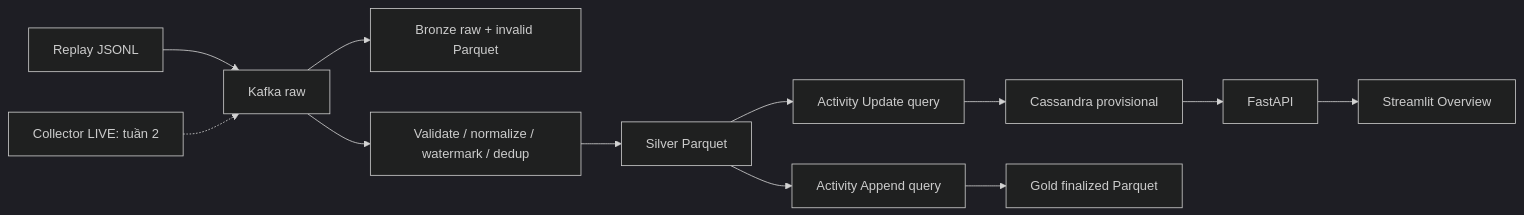
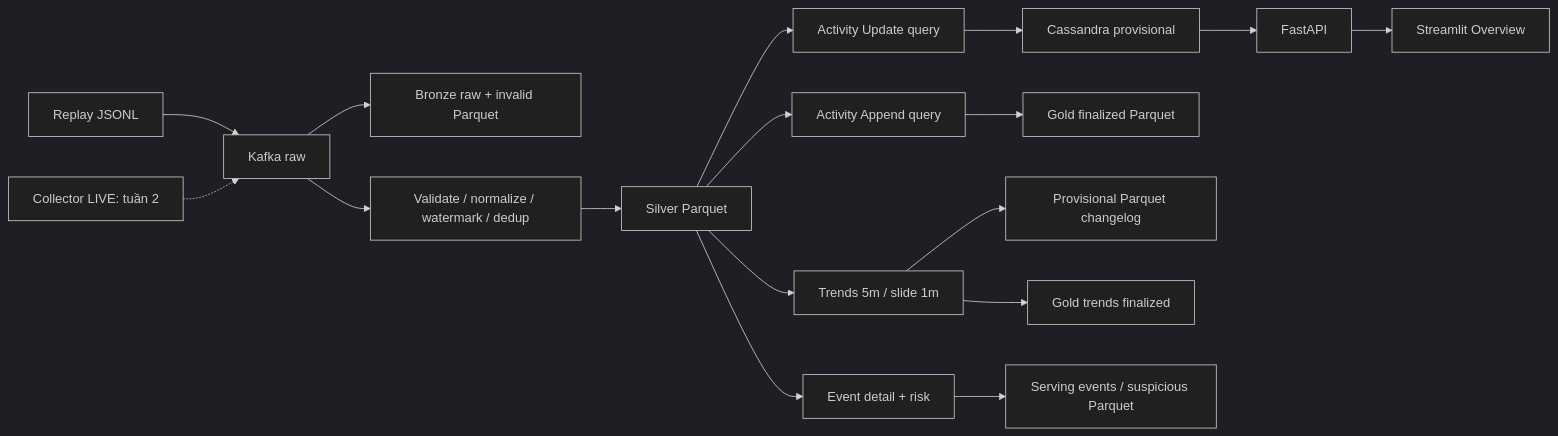
One commit to Trong-eng/WikiPulse-Full-Stack-Real-Time-Wikipedia-Trend-Analysis-and-Suspicious-Edit-Detection-Platform changed the diagram in docs/architecture.md. Above: the diagram before and after it, drawn with Mermaid (dark theme). The commit also changed other lines of this file and 23 other files, not shown here.

````diff
--- a/docs/architecture.md
+++ b/docs/architecture.md
@@ -3,14 +3,19 @@
 ```mermaid
 flowchart LR
     R[Replay JSONL] --> K[Kafka raw]
     L[Collector LIVE: tuần 2] -.-> K
     K --> B[Bronze raw + invalid Parquet]
     K --> S[Validate / normalize / watermark / dedup]
     S --> P[Silver Parquet]
     P --> U[Activity Update query]
     P --> G[Activity Append query]
+    P --> T[Trends 5m / slide 1m]
+    P --> E[Event detail + risk]
     U --> C[Cassandra provisional]
     G --> F[Gold finalized Parquet]
+    T --> TP[Provisional Parquet changelog]
+    T --> TG[Gold trends finalized]
+    E --> EP[Serving events / suspicious Parquet]
     C --> A[FastAPI]
     A --> D[Streamlit Overview]
 ```
````
